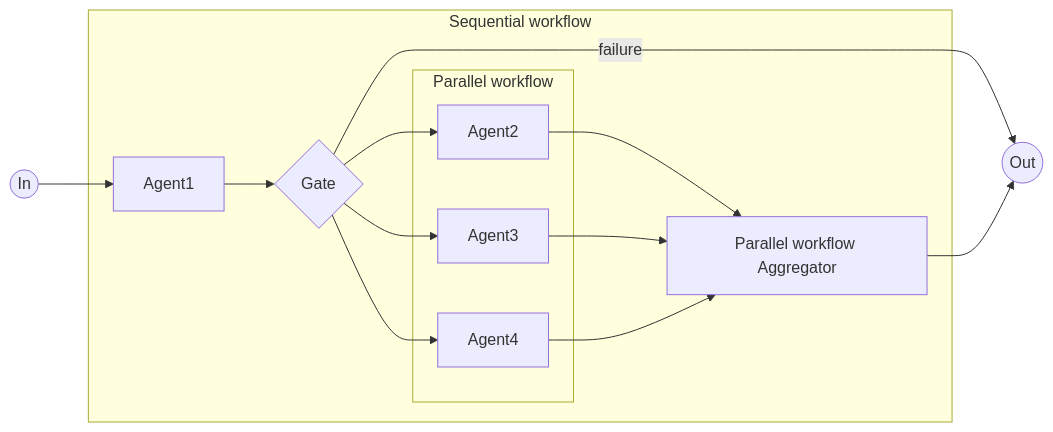
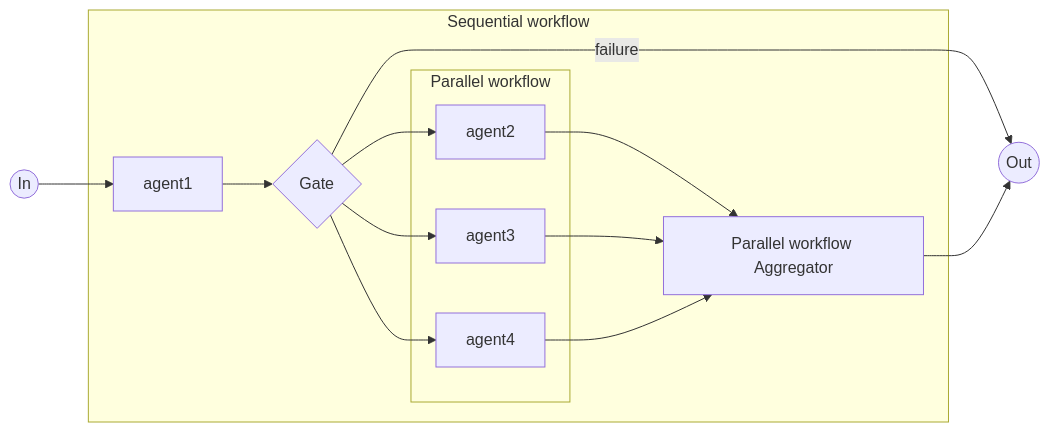
Before and after one commit to rootstrap/mars: the diagram in examples/complex_llm_workflow/diagram.md, drawn with Mermaid. The commit also changed 8 other files, not shown here.

````diff
--- a/examples/complex_llm_workflow/diagram.md
+++ b/examples/complex_llm_workflow/diagram.md
@@ -1,32 +1,32 @@
 ```mermaid
 flowchart LR
 in((In))
 out((Out))
-agent1[Agent1]
+agent1[agent1]
 gate{Gate}
 parallel_workflow_aggregator[Parallel workflow Aggregator]
-agent2[Agent2]
-agent3[Agent3]
-agent4[Agent4]
+agent2[agent2]
+agent3[agent3]
+agent4[agent4]
 subgraph parallel_workflow["Parallel workflow"]
   agent2
   agent3
   agent4
 end
 subgraph sequential_workflow["Sequential workflow"]
   agent1
   gate
   parallel_workflow
   parallel_workflow_aggregator
 end
 in --> agent1
 agent1 --> gate
 gate -->|failure| out
 gate --> agent2
 gate --> agent3
 gate --> agent4
 agent2 --> parallel_workflow_aggregator
 parallel_workflow_aggregator --> out
 agent3 --> parallel_workflow_aggregator
 agent4 --> parallel_workflow_aggregator
 ```
````
